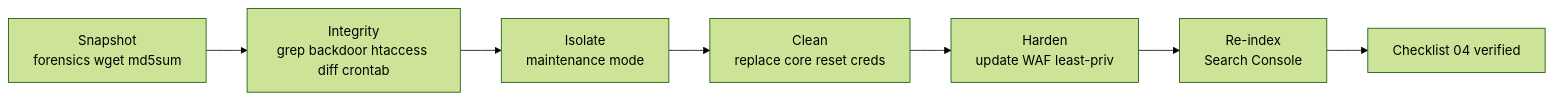
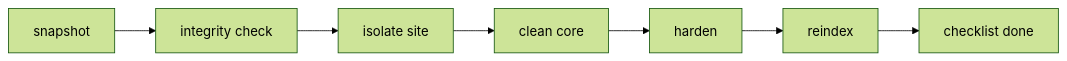
Diagram 15 of 32 in Graph-Web-Atlas.md (444Nazky/My-Vault), drawn with Mermaid (forest theme) before and after one commit. The commit also changed other lines of this file and 8 other files, not shown here.

````diff
--- a/Graph-Web-Atlas.md
+++ b/Graph-Web-Atlas.md
@@ -242,9 +281,9 @@
 ```mermaid
 flowchart LR
-    A[Snapshot<br/>forensics wget md5sum] --> B[Integrity<br/>grep backdoor htaccess diff crontab]
-    B --> C[Isolate<br/>maintenance mode]
-    C --> D[Clean<br/>replace core reset creds]
-    D --> E[Harden<br/>update WAF least-priv]
-    E --> F[Re-index<br/>Search Console]
-    F --> G[Checklist 04 verified]
+    A["snapshot"] --> B["integrity check"]
+    B --> C["isolate site"]
+    C --> D["clean core"]
+    D --> E["harden"]
+    E --> F["reindex"]
+    F --> G["checklist done"]
 ```
````
